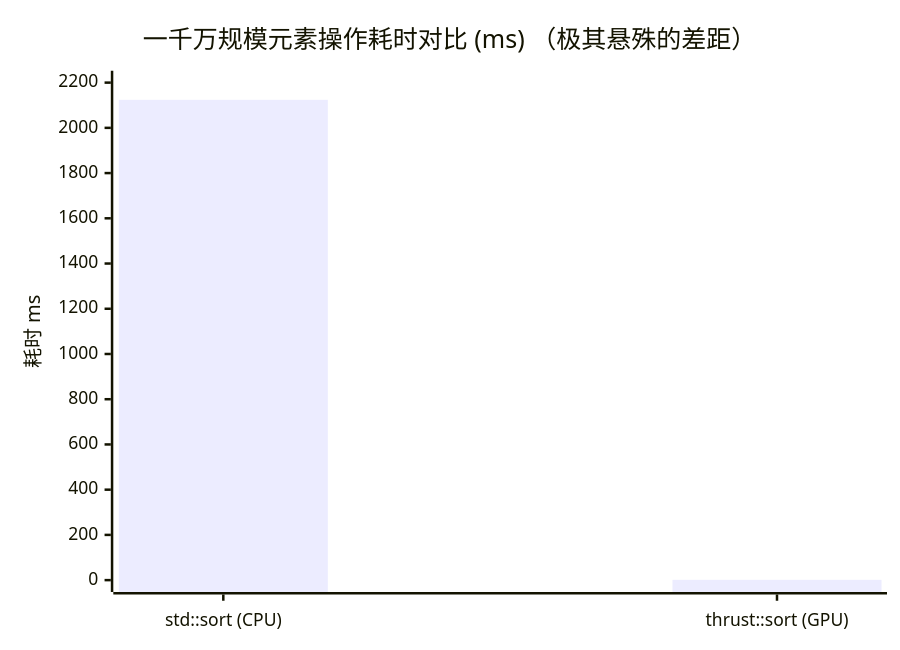
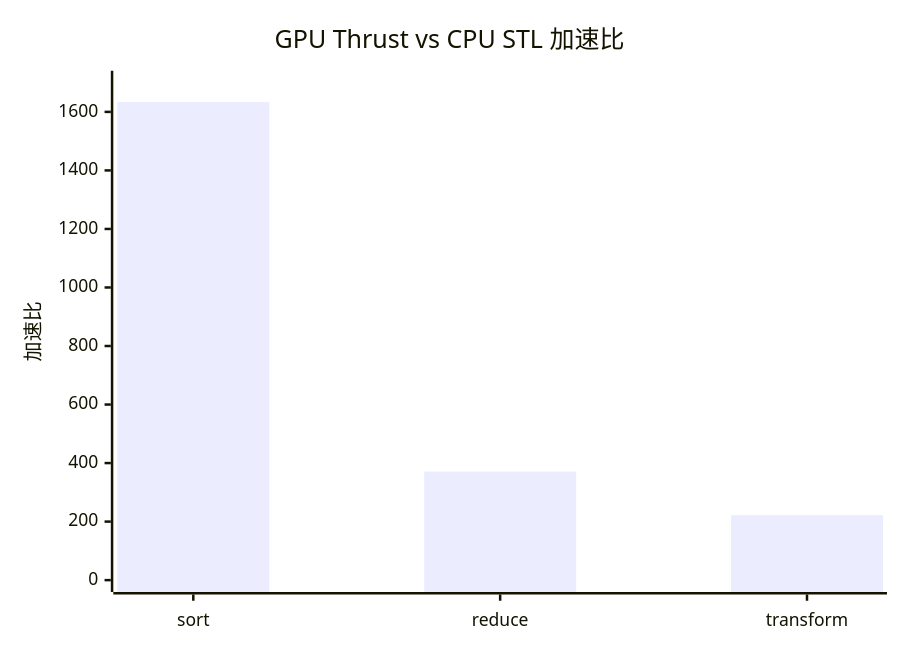
Before and after one commit to psmarter/CUDA-Practice: the second of 2 diagrams in Blogs/12_Standard_Libraries_cuBLAS_cuFFT_Thrust.md, drawn with Mermaid. The commit also changed other lines of this file and 21 other files, not shown here.

````diff
--- a/Blogs/12_Standard_Libraries_cuBLAS_cuFFT_Thrust.md
+++ b/Blogs/12_Standard_Libraries_cuBLAS_cuFFT_Thrust.md
@@ -112,7 +192,7 @@
 ```mermaid
 xychart-beta
-  title "一千万规模元素操作耗时对比 (ms) （极其悬殊的差距）"
-  x-axis ["std::sort (CPU)", "thrust::sort (GPU)"]
-  y-axis "耗时 ms" 0 --> 2200
-  bar [2124, 1.3]
+  title "GPU Thrust vs CPU STL 加速比"
+  x-axis ["sort", "reduce", "transform"]
+  y-axis "加速比" 0 --> 1700
+  bar [1634, 371, 222]
 ```
````
